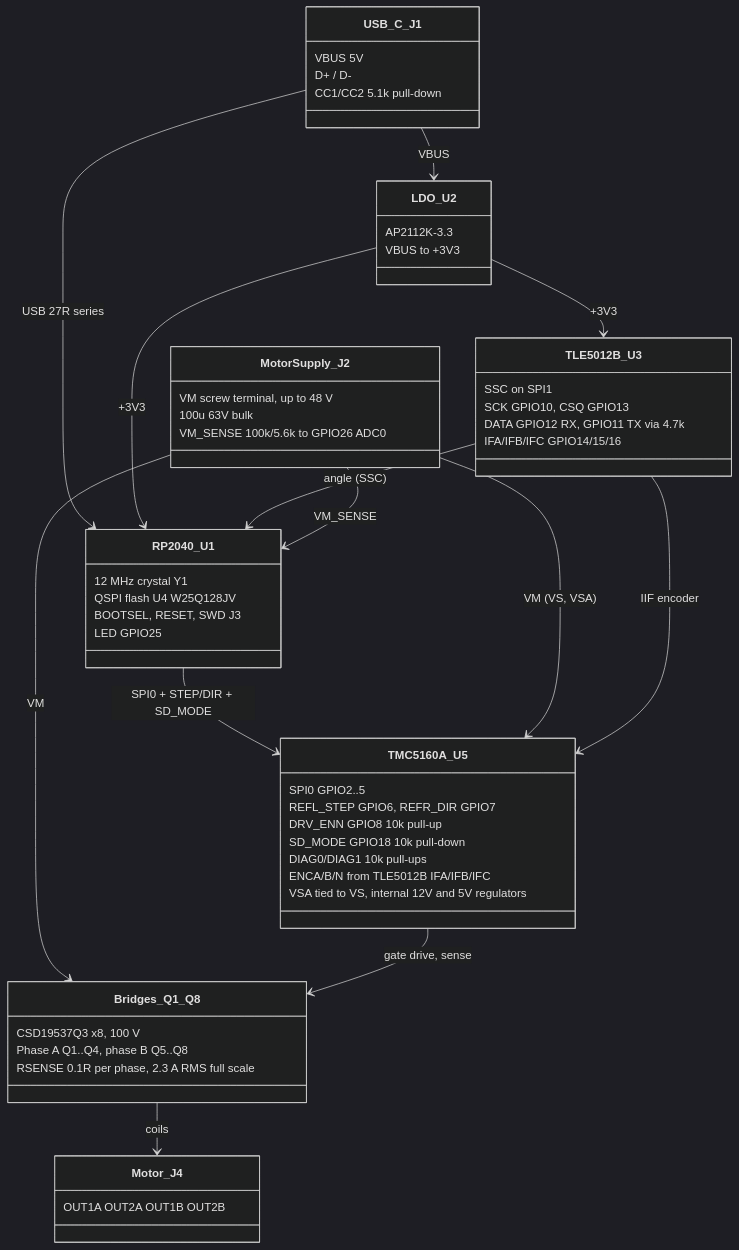
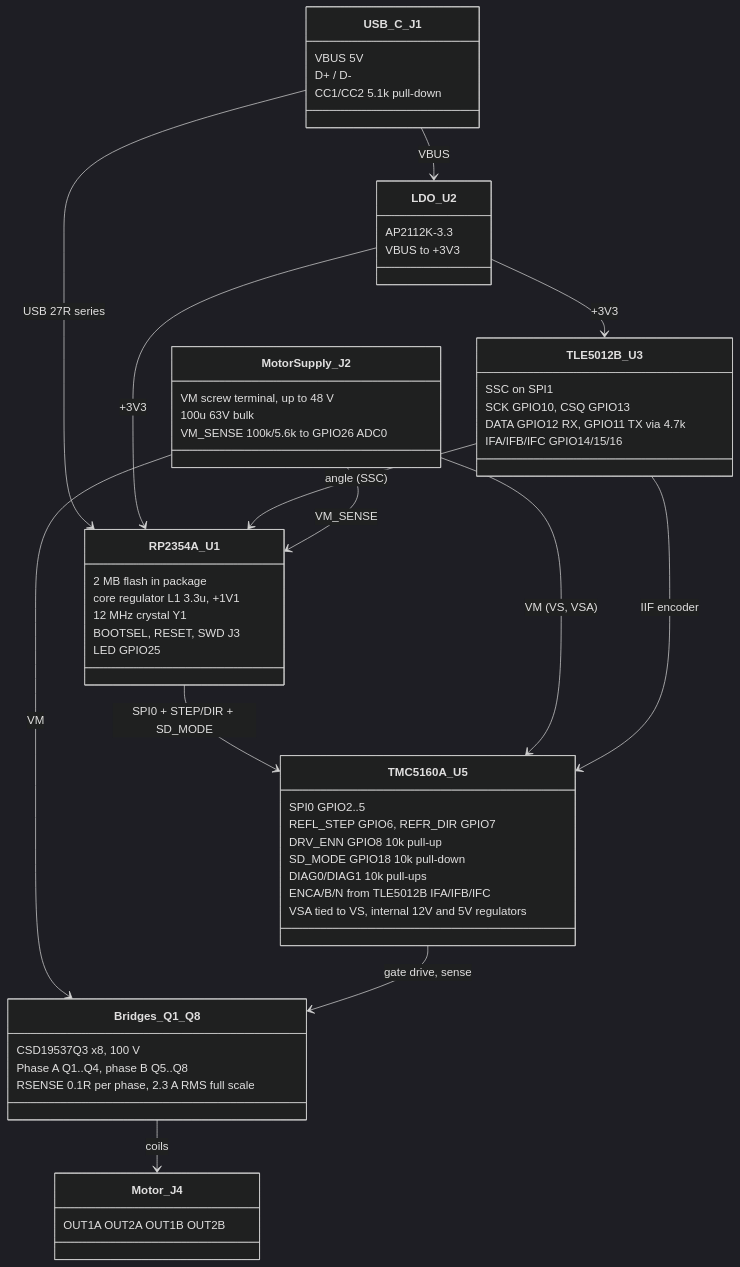
The diagram in ARCHITECTURE.md (tmpk13/pico-step), drawn with Mermaid (dark theme) before and after one commit. The commit also changed 13 other files, not shown here.

First line of the commit message:
Swap RP2040 for RP2354A, drop external QSPI flash

````diff
--- a/ARCHITECTURE.md
+++ b/ARCHITECTURE.md
@@ -3,58 +3,59 @@
 ```mermaid
 classDiagram
     class USB_C_J1 {
         VBUS 5V
         D+ / D-
         CC1/CC2 5.1k pull-down
     }
     class LDO_U2 {
         AP2112K-3.3
         VBUS to +3V3
     }
-    class RP2040_U1 {
+    class RP2354A_U1 {
+        2 MB flash in package
+        core regulator L1 3.3u, +1V1
         12 MHz crystal Y1
-        QSPI flash U4 W25Q128JV
         BOOTSEL, RESET, SWD J3
         LED GPIO25
     }
     class TMC5160A_U5 {
         SPI0 GPIO2..5
         REFL_STEP GPIO6, REFR_DIR GPIO7
         DRV_ENN GPIO8 10k pull-up
         SD_MODE GPIO18 10k pull-down
         DIAG0/DIAG1 10k pull-ups
         ENCA/B/N from TLE5012B IFA/IFB/IFC
         VSA tied to VS, internal 12V and 5V regulators
     }
     class Bridges_Q1_Q8 {
         CSD19537Q3 x8, 100 V
         Phase A Q1..Q4, phase B Q5..Q8
         RSENSE 0.1R per phase, 2.3 A RMS full scale
     }
     class Motor_J4 {
         OUT1A OUT2A OUT1B OUT2B
     }
     class TLE5012B_U3 {
         SSC on SPI1
         SCK GPIO10, CSQ GPIO13
         DATA GPIO12 RX, GPIO11 TX via 4.7k
         IFA/IFB/IFC GPIO14/15/16
     }
     class MotorSupply_J2 {
         VM screw terminal, up to 48 V
         100u 63V bulk
         VM_SENSE 100k/5.6k to GPIO26 ADC0
     }
     USB_C_J1 --> LDO_U2 : VBUS
-    USB_C_J1 --> RP2040_U1 : USB 27R series
-    LDO_U2 --> RP2040_U1 : +3V3
+    USB_C_J1 --> RP2354A_U1 : USB 27R series
+    LDO_U2 --> RP2354A_U1 : +3V3
     LDO_U2 --> TLE5012B_U3 : +3V3
-    RP2040_U1 --> TMC5160A_U5 : SPI0 + STEP/DIR + SD_MODE
-    TLE5012B_U3 --> RP2040_U1 : angle (SSC)
+    RP2354A_U1 --> TMC5160A_U5 : SPI0 + STEP/DIR + SD_MODE
+    TLE5012B_U3 --> RP2354A_U1 : angle (SSC)
     MotorSupply_J2 --> TMC5160A_U5 : VM (VS, VSA)
     MotorSupply_J2 --> Bridges_Q1_Q8 : VM
     TLE5012B_U3 --> TMC5160A_U5 : IIF encoder
     TMC5160A_U5 --> Bridges_Q1_Q8 : gate drive, sense
     Bridges_Q1_Q8 --> Motor_J4 : coils
-    MotorSupply_J2 --> RP2040_U1 : VM_SENSE
+    MotorSupply_J2 --> RP2354A_U1 : VM_SENSE
 ```
````
